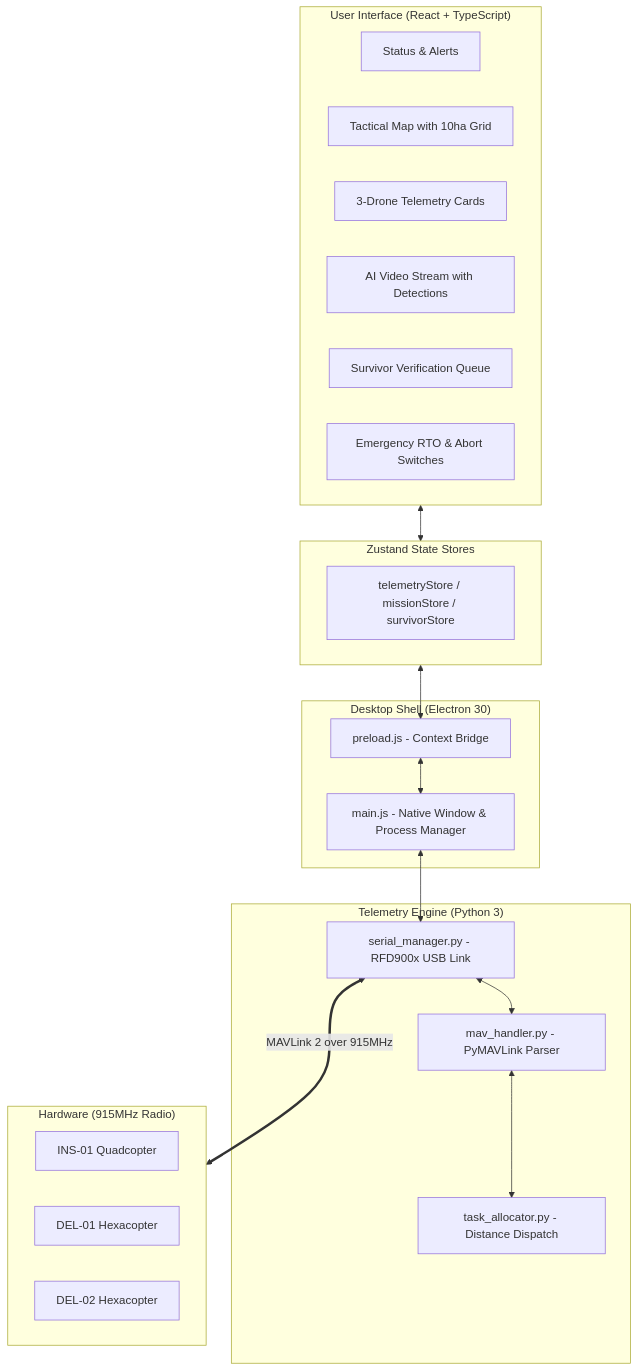
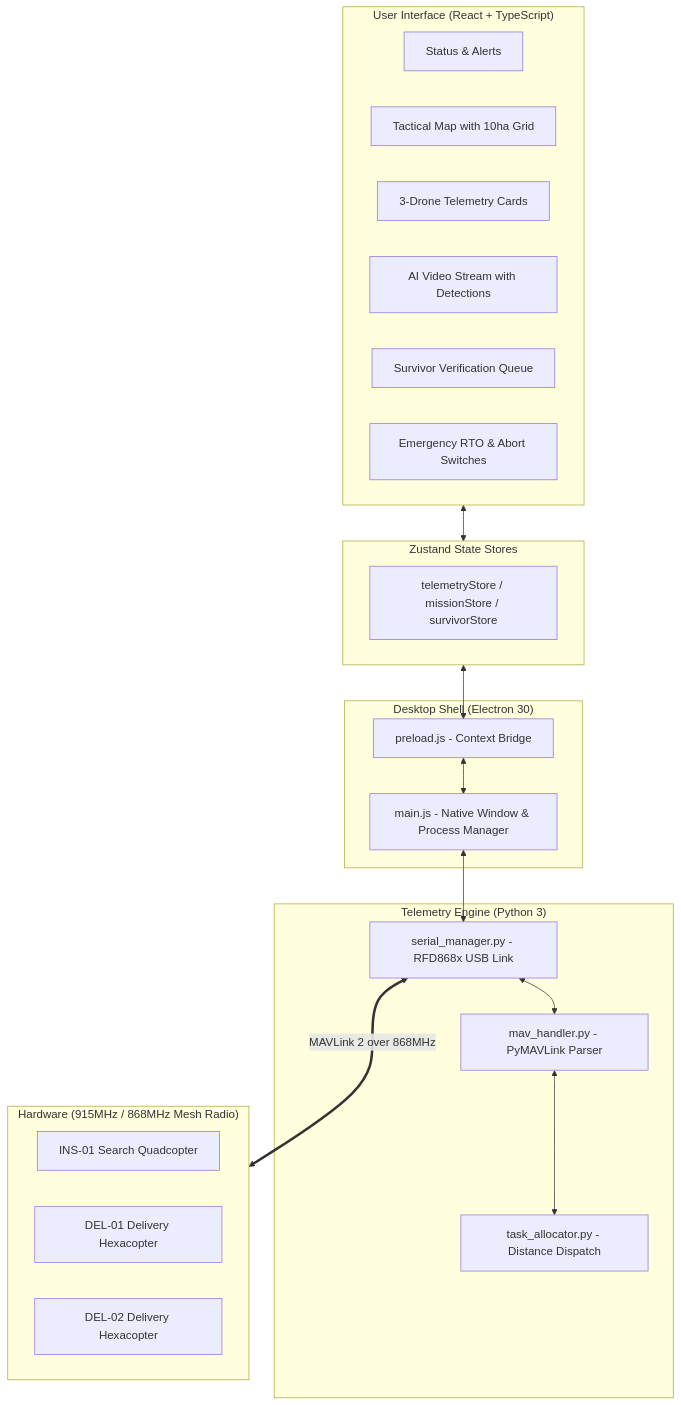
One commit to Nithyaprakashb/rescueswarm changed the diagram in README.md. Above: the diagram before and after it, drawn with Mermaid. The commit also changed 2 other files, not shown here.

Commit message:
Update docs for Cube Orange+ and Cam3 Wide, replace stereo with ray‑casting

````diff
--- a/README.md
+++ b/README.md
@@ -28,39 +28,39 @@
 ```mermaid
 flowchart TD
     subgraph UI ["User Interface (React + TypeScript)"]
         A[Status & Alerts]
         B[Tactical Map with 10ha Grid]
         C[3-Drone Telemetry Cards]
         D[AI Video Stream with Detections]
         E[Survivor Verification Queue]
         F[Emergency RTO & Abort Switches]
     end
 
     subgraph State ["Zustand State Stores"]
         S[telemetryStore / missionStore / survivorStore]
     end
 
     subgraph Desktop ["Desktop Shell (Electron 30)"]
         P[preload.js - Context Bridge]
         M[main.js - Native Window & Process Manager]
     end
 
     subgraph Core ["Telemetry Engine (Python 3)"]
-        SM[serial_manager.py - RFD900x USB Link]
+        SM[serial_manager.py - RFD868x USB Link]
         MH[mav_handler.py - PyMAVLink Parser]
         TA[task_allocator.py - Distance Dispatch]
     end
 
-    subgraph Swarm ["Hardware (915MHz Radio)"]
-        INS[INS-01 Quadcopter]
-        DEL1[DEL-01 Hexacopter]
-        DEL2[DEL-02 Hexacopter]
+    subgraph Swarm ["Hardware (915MHz / 868MHz Mesh Radio)"]
+        INS1[INS-01 Search Quadcopter]
+        DEL1[DEL-01 Delivery Hexacopter]
+        DEL2[DEL-02 Delivery Hexacopter]
     end
 
     UI <--> State
     State <--> P
     P <--> M
     M <--> SM
     SM <--> MH <--> TA
-    SM <===>|MAVLink 2 over 915MHz| Swarm
+    SM <===>|MAVLink 2 over 868MHz| Swarm
 ```
````
